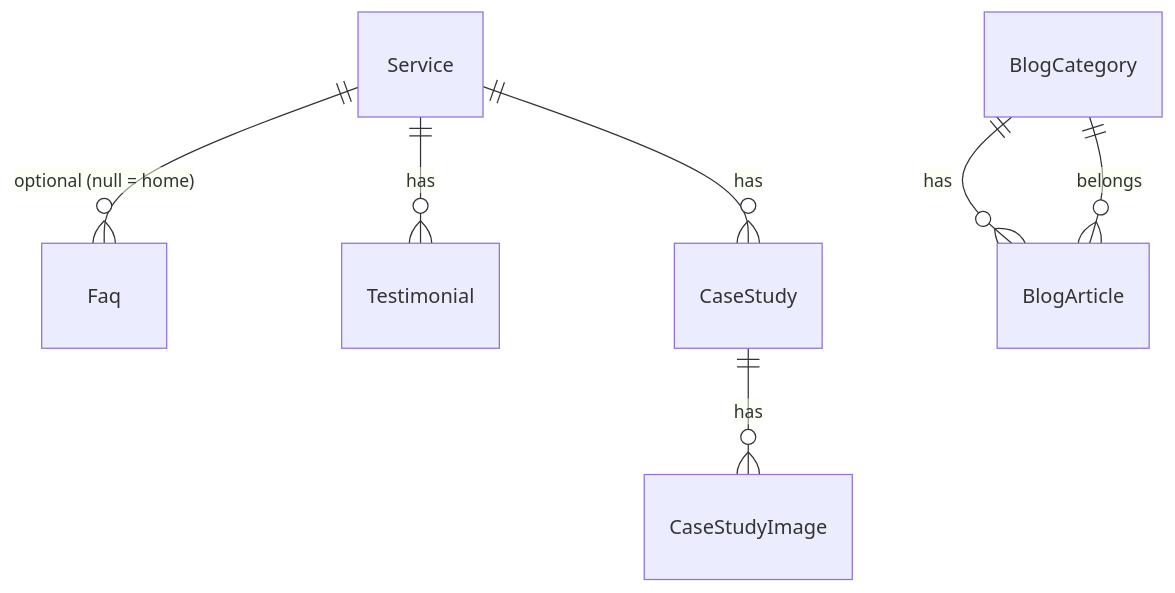
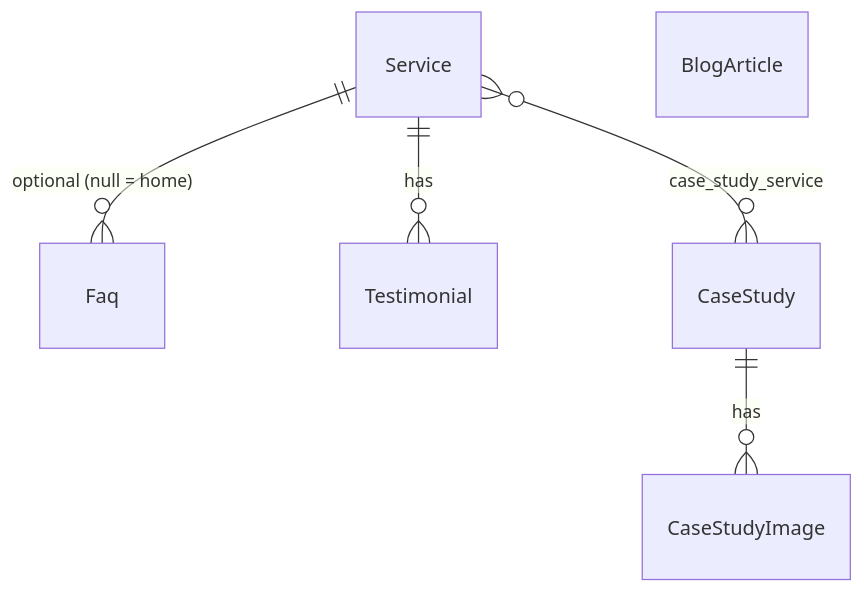
The diagram in docs/planning/phase-01-backend.md (rogerio-pereira/FrontPorch), drawn with Mermaid before and after one commit. The commit also changed other lines of this file and 9 other files, not shown here.

````diff
--- a/docs/planning/phase-01-backend.md
+++ b/docs/planning/phase-01-backend.md
@@ -29,9 +50,8 @@
 ```mermaid
 erDiagram
     Service ||--o{ Faq : "optional (null = home)"
     Service ||--o{ Testimonial : has
-    Service ||--o{ CaseStudy : has
+    Service }o--o{ CaseStudy : "case_study_service"
     CaseStudy ||--o{ CaseStudyImage : has
-    BlogCategory ||--o{ BlogArticle : has
-    BlogArticle }o--|| BlogCategory : belongs
+    BlogArticle
 ```
````
